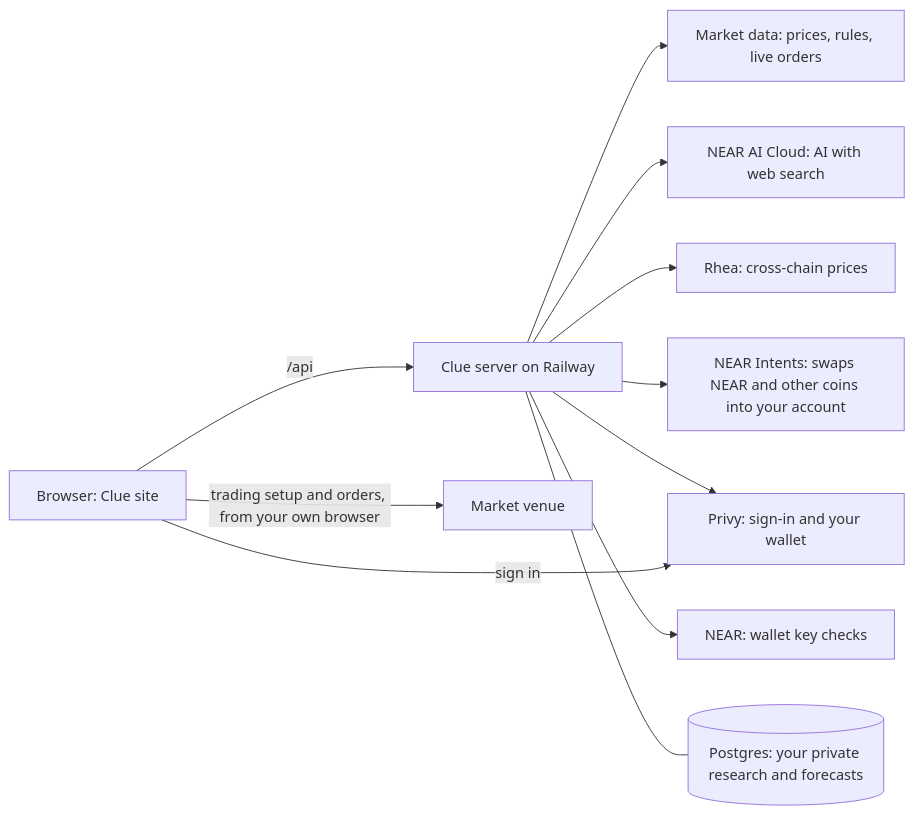
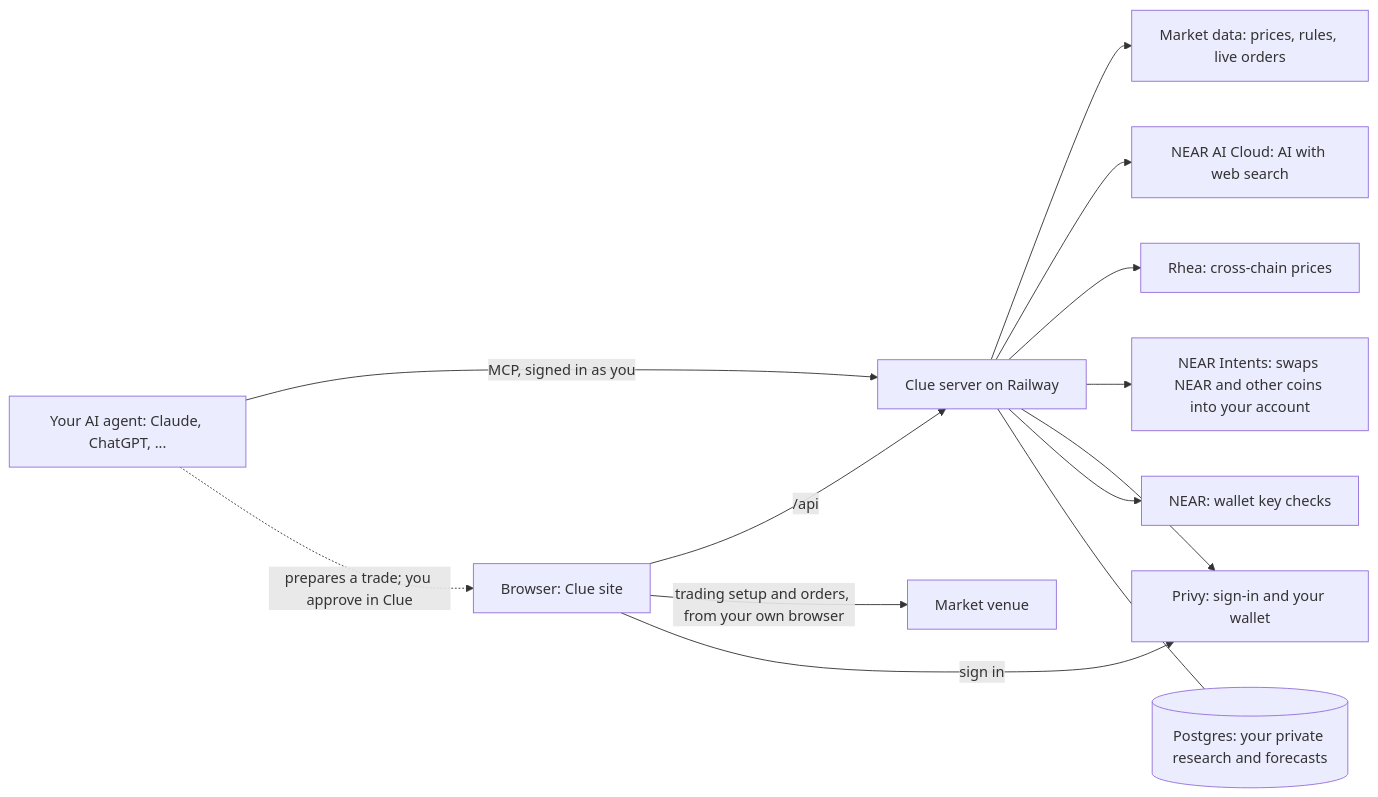
Before and after one commit to majorlabs/cluemarket: the diagram in README.md, drawn with Mermaid. The commit also changed other lines of this file and 2 other files, not shown here.

First line of the commit message:
README: Clue from your AI agent

````diff
--- a/README.md
+++ b/README.md
@@ -156,13 +164,15 @@
 ```mermaid
 flowchart LR
   U[Browser: Clue site] -->|/api| S[Clue server on Railway]
   S --> M[Market data: prices, rules, live orders]
   S --> N[NEAR AI Cloud: AI with web search]
   S --> R[Rhea: cross-chain prices]
   S --> I[NEAR Intents: swaps NEAR and other coins into your account]
   S --> W[Privy: sign-in and your wallet]
   S --> K[NEAR: wallet key checks]
   U -->|trading setup and orders, from your own browser| M2[Market venue]
+  A[Your AI agent: Claude, ChatGPT, ...] -->|MCP, signed in as you| S
+  A -.->|prepares a trade; you approve in Clue| U
   U -->|sign in| W
   S --- D[(Postgres: your private research and forecasts)]
 ```
````
